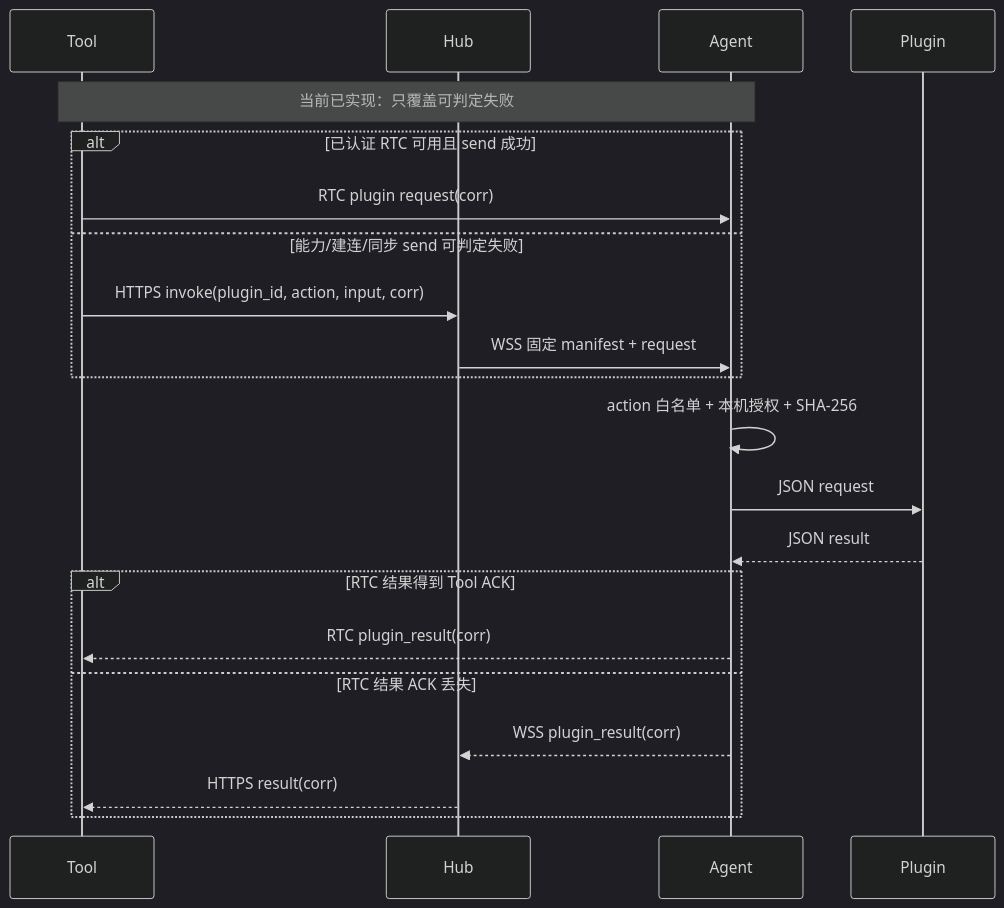
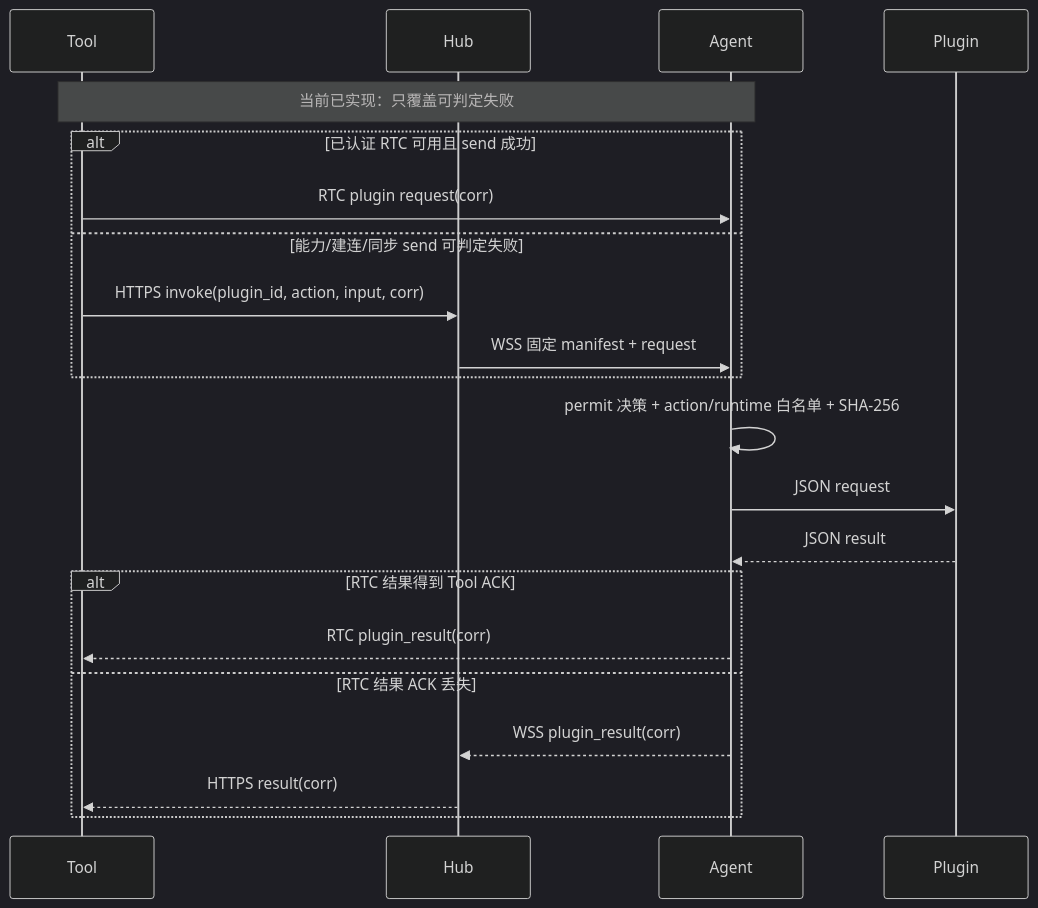
One commit to TITOCHAN2023/fleetForAgent changed the second of 5 diagrams in docs/PLUGIN_RUNTIME.md. Above: the diagram before and after it, drawn with Mermaid (dark theme). The commit also changed other lines of this file and 54 other files, not shown here.

````diff
--- a/docs/PLUGIN_RUNTIME.md
+++ b/docs/PLUGIN_RUNTIME.md
@@ -125,23 +129,23 @@
 ```mermaid
 sequenceDiagram
   participant Tool
   participant Hub
   participant Agent
   participant Plugin
   Note over Tool,Agent: 当前已实现：只覆盖可判定失败
   alt 已认证 RTC 可用且 send 成功
     Tool->>Agent: RTC plugin request(corr)
   else 能力/建连/同步 send 可判定失败
     Tool->>Hub: HTTPS invoke(plugin_id, action, input, corr)
     Hub->>Agent: WSS 固定 manifest + request
   end
-  Agent->>Agent: action 白名单 + 本机授权 + SHA-256
+  Agent->>Agent: permit 决策 + action/runtime 白名单 + SHA-256
   Agent->>Plugin: JSON request
   Plugin-->>Agent: JSON result
   alt RTC 结果得到 Tool ACK
     Agent-->>Tool: RTC plugin_result(corr)
   else RTC 结果 ACK 丢失
     Agent-->>Hub: WSS plugin_result(corr)
     Hub-->>Tool: HTTPS result(corr)
   end
 ```
````
